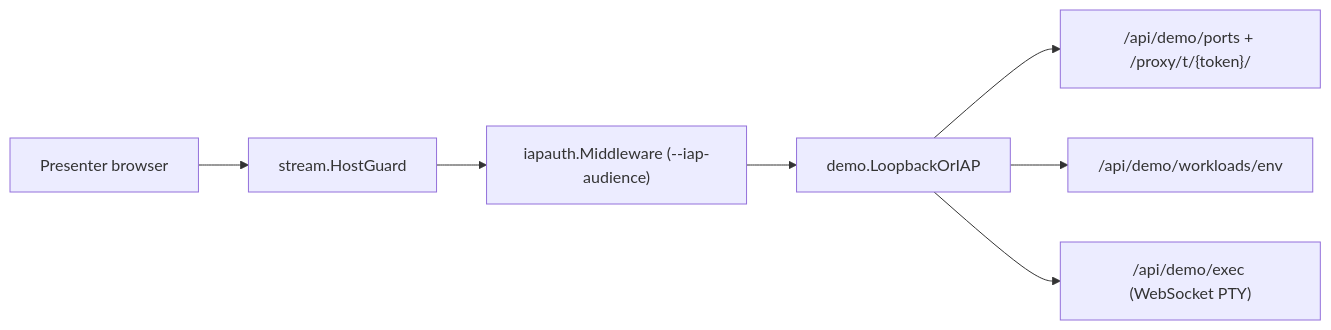
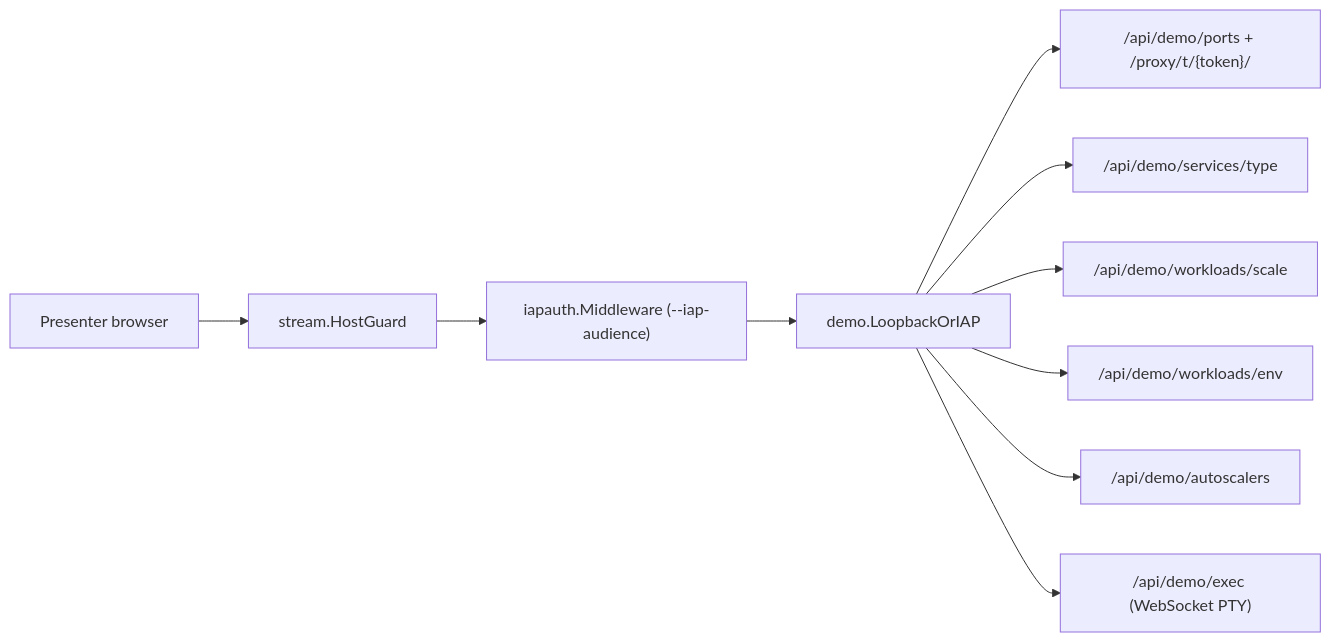
The second of 2 diagrams in TDD.md (kesokaj/visual-kubernetes), drawn with Mermaid before and after one commit. The commit also changed other lines of this file and 22 other files, not shown here.

````diff
--- a/TDD.md
+++ b/TDD.md
@@ -70,7 +70,10 @@
 ```mermaid
 flowchart LR
   presenter["Presenter browser"] --> hg["stream.HostGuard"] --> iap["iapauth.Middleware (--iap-audience)"] --> loop["demo.LoopbackOrIAP"]
   loop --> proxy["/api/demo/ports + /proxy/t/{token}/"]
+  loop --> svctype["/api/demo/services/type"]
+  loop --> wscale["/api/demo/workloads/scale"]
   loop --> env["/api/demo/workloads/env"]
+  loop --> auto["/api/demo/autoscalers"]
   loop --> exec["/api/demo/exec (WebSocket PTY)"]
 ```
````
